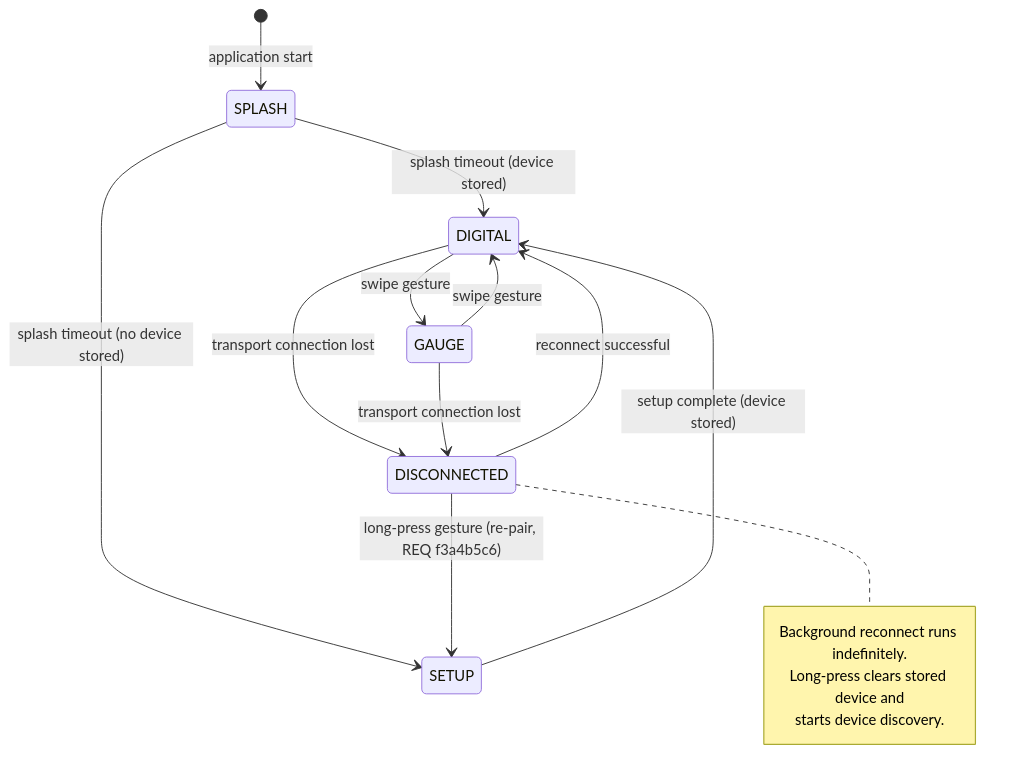
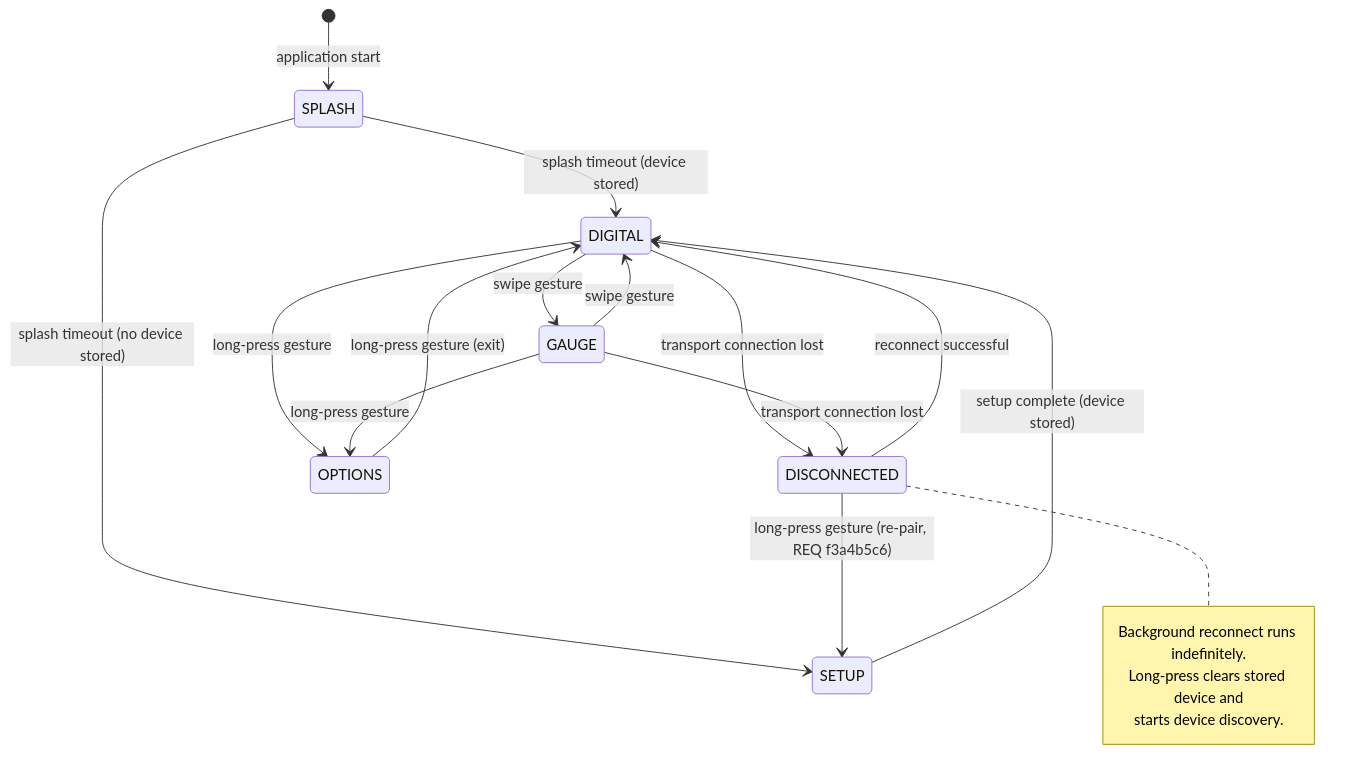
The fourth of 5 diagrams in workspace/design/design-gtach-master.md (William12556/GTach), drawn with Mermaid before and after one commit. The commit also changed other lines of this file and 3 other files, not shown here.

First line of the commit message:
docs: revise gesture design and rename SETTINGS to OPTIONS

````diff
--- a/workspace/design/design-gtach-master.md
+++ b/workspace/design/design-gtach-master.md
@@ -815,24 +815,28 @@
 ```mermaid
 stateDiagram-v2
     [*] --> SPLASH: application start
     
     SPLASH --> DIGITAL: splash timeout (device stored)
     SPLASH --> SETUP: splash timeout (no device stored)
     
     SETUP --> DIGITAL: setup complete (device stored)
     
     DIGITAL --> GAUGE: swipe gesture
     GAUGE --> DIGITAL: swipe gesture
     
     DIGITAL --> DISCONNECTED: transport connection lost
     GAUGE --> DISCONNECTED: transport connection lost
     
     DISCONNECTED --> DIGITAL: reconnect successful
     DISCONNECTED --> SETUP: long-press gesture (re-pair, REQ f3a4b5c6)
     
+    DIGITAL --> OPTIONS: long-press gesture
+    GAUGE --> OPTIONS: long-press gesture
+    OPTIONS --> DIGITAL: long-press gesture (exit)
+    
     note right of DISCONNECTED
         Background reconnect runs indefinitely.
         Long-press clears stored device and
         starts device discovery.
     end note
 ```
````
